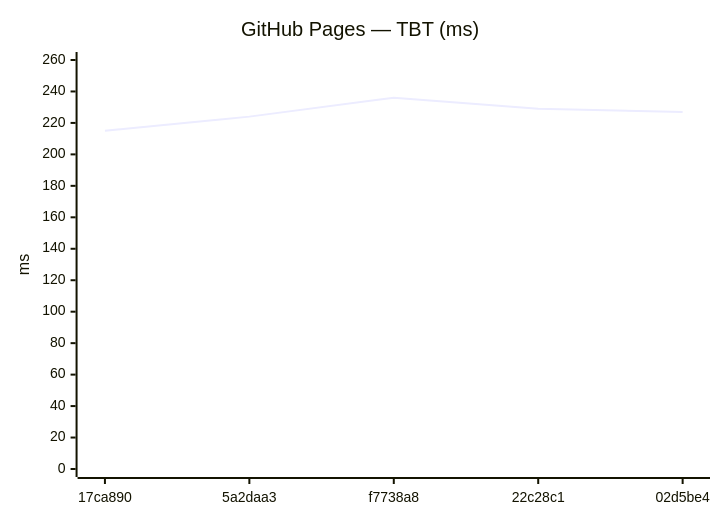
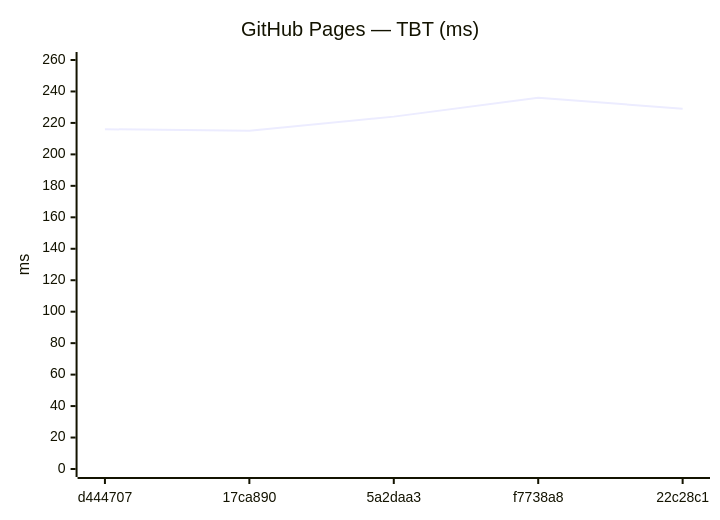
Before and after one commit to Metaheurist/Rianell: the tenth of 18 diagrams in benchmarks/compare.md, drawn with Mermaid. The commit also changed other lines of this file and 11 other files, not shown here.

````diff
--- a/benchmarks/compare.md
+++ b/benchmarks/compare.md
@@ -149,7 +149,7 @@
 ```mermaid
 xychart-beta
     title "GitHub Pages — TBT (ms)"
-    x-axis ["17ca890", "5a2daa3", "f7738a8", "22c28c1", "02d5be4"]
+    x-axis ["d444707", "17ca890", "5a2daa3", "f7738a8", "22c28c1"]
     y-axis "ms" 0 --> 260
-    line [215, 224, 236, 229, 227]
+    line [216, 215, 224, 236, 229]
 ```
````
